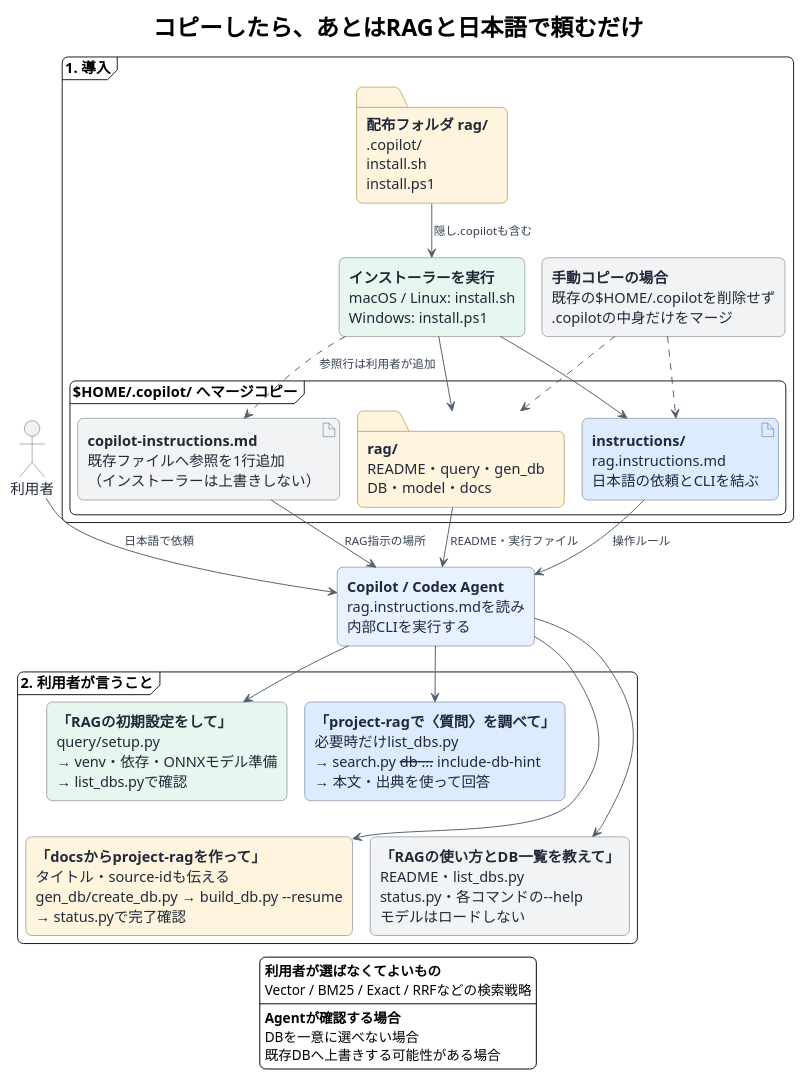
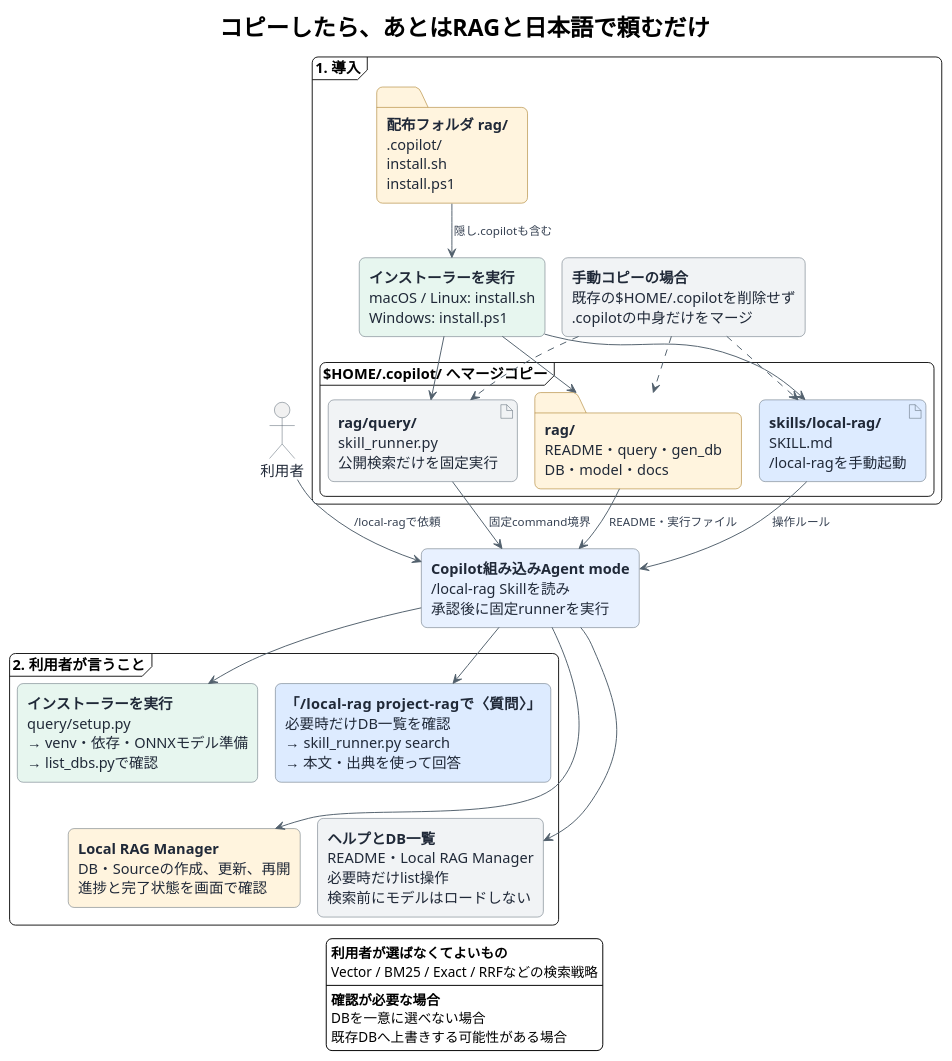
The diagram in docs/diagrams/src/rag-install-help-and-commands.puml (harilos/github-copilot-local-rag), drawn with PlantUML before and after one commit. The commit also changed 8 other files, not shown here.

Commit message:
fix: harden slash skill migration

```diff
--- a/docs/diagrams/src/rag-install-help-and-commands.puml
+++ b/docs/diagrams/src/rag-install-help-and-commands.puml
@@ -1,92 +1,93 @@
 @startuml
 !pragma layout smetana
 
 title コピーしたら、あとはRAGと日本語で頼むだけ
 
 top to bottom direction
 skinparam backgroundColor #FFFFFF
 skinparam shadowing false
 skinparam roundCorner 12
 skinparam defaultFontName "Noto Sans JP"
 skinparam defaultFontSize 15
 skinparam titleFontSize 24
 skinparam titleFontStyle bold
 skinparam ArrowColor #52606D
 skinparam ArrowFontColor #364152
 skinparam ArrowFontSize 12
 skinparam componentStyle rectangle
 skinparam packageStyle rectangle
 skinparam actorBorderColor #52606D
 skinparam actorFontColor #202938
 skinparam rectangleBorderColor #52606D
 skinparam rectangleFontColor #202938
 skinparam folderBorderColor #9A6700
 skinparam folderFontColor #202938
 skinparam artifactBorderColor #52606D
 skinparam artifactFontColor #202938
 skinparam noteBorderColor #8A94A6
 skinparam noteBackgroundColor #F7F8FA
 skinparam noteFontColor #202938
 
 frame "1. 導入" as Install {
   folder "<b>配布フォルダ rag/</b>\n.copilot/\ninstall.sh\ninstall.ps1" as Distribution #FFF4DE
 
   rectangle "<b>インストーラーを実行</b>\nmacOS / Linux: install.sh\nWindows: install.ps1" as Installer #E7F6EF
 
   rectangle "<b>手動コピーの場合</b>\n既存の$HOME/.copilotを削除せず\n.copilotの中身だけをマージ" as Manual #F1F3F5
 
   frame "$HOME/.copilot/ へマージコピー" as CopilotHome {
-    artifact "<b>copilot-instructions.md</b>\n既存ファイルへ参照を1行追加\n（インストーラーは上書きしない）" as UserInstructions #F1F3F5
-    artifact "<b>instructions/</b>\nrag.instructions.md\n日本語の依頼とCLIを結ぶ" as Instructions #DDEBFF
+    artifact "<b>skills/local-rag/</b>\nSKILL.md\n/local-ragを手動起動" as SlashSkill #DDEBFF
+    artifact "<b>rag/query/</b>\nskill_runner.py\n公開検索だけを固定実行" as Runner #F1F3F5
     folder "<b>rag/</b>\nREADME・query・gen_db\nDB・model・docs" as RagHome #FFF4DE
-    UserInstructions -[hidden]right- Instructions
-    Instructions -[hidden]right- RagHome
+    SlashSkill -[hidden]right- Runner
+    Runner -[hidden]right- RagHome
   }
 
   Distribution --> Installer : 隠し.copilotも含む
-  Installer ..> UserInstructions : 参照行は利用者が追加
-  Installer --> Instructions
+  Installer --> SlashSkill
+  Installer --> Runner
   Installer --> RagHome
   Installer -[hidden]right- Manual
-  Manual ..> Instructions
+  Manual ..> SlashSkill
+  Manual ..> Runner
   Manual ..> RagHome
 }
 
 actor "利用者" as User
-rectangle "<b>Copilot / Codex Agent</b>\nrag.instructions.mdを読み\n内部CLIを実行する" as Agent #E8F1FF
+rectangle "<b>Copilot組み込みAgent mode</b>\n/local-rag Skillを読み\n承認後に固定runnerを実行" as Agent #E8F1FF
 
-UserInstructions --> Agent : RAG指示の場所
-Instructions --> Agent : 操作ルール
+SlashSkill --> Agent : 操作ルール
+Runner --> Agent : 固定command境界
 RagHome --> Agent : README・実行ファイル
-User --> Agent : 日本語で依頼
+User --> Agent : /local-ragで依頼
 
 frame "2. 利用者が言うこと" as Commands {
-  rectangle "<b>「RAGの初期設定をして」</b>\nquery/setup.py\n→ venv・依存・ONNXモデル準備\n→ list_dbs.pyで確認" as Setup #E7F6EF
+  rectangle "<b>インストーラーを実行</b>\nquery/setup.py\n→ venv・依存・ONNXモデル準備\n→ list_dbs.pyで確認" as Setup #E7F6EF
 
-  rectangle "<b>「project-ragで〈質問〉を調べて」</b>\n必要時だけlist_dbs.py\n→ search.py --db ... --include-db-hint\n→ 本文・出典を使って回答" as Search #DDEBFF
+  rectangle "<b>「/local-rag project-ragで〈質問〉」</b>\n必要時だけDB一覧を確認\n→ skill_runner.py search\n→ 本文・出典を使って回答" as Search #DDEBFF
 
-  rectangle "<b>「docsからproject-ragを作って」</b>\nタイトル・source-idも伝える\ngen_db/create_db.py → build_db.py --resume\n→ status.pyで完了確認" as Build #FFF4DE
+  rectangle "<b>Local RAG Manager</b>\nDB・Sourceの作成、更新、再開\n進捗と完了状態を画面で確認" as Build #FFF4DE
 
-  rectangle "<b>「RAGの使い方とDB一覧を教えて」</b>\nREADME・list_dbs.py\nstatus.py・各コマンドの--help\nモデルはロードしない" as Help #F1F3F5
+  rectangle "<b>ヘルプとDB一覧</b>\nREADME・Local RAG Manager\n必要時だけlist操作\n検索前にモデルはロードしない" as Help #F1F3F5
 
   Setup -[hidden]right- Search
   Setup -[hidden]down- Build
   Search -[hidden]down- Help
   Build -[hidden]right- Help
 }
 
 Agent --> Setup
 Agent --> Search
 Agent --> Build
 Agent --> Help
 
 legend bottom
   <b>利用者が選ばなくてよいもの</b>
   Vector / BM25 / Exact / RRFなどの検索戦略
   ----
-  <b>Agentが確認する場合</b>
+  <b>確認が必要な場合</b>
   DBを一意に選べない場合
   既存DBへ上書きする可能性がある場合
 endlegend
 
 @enduml
```
